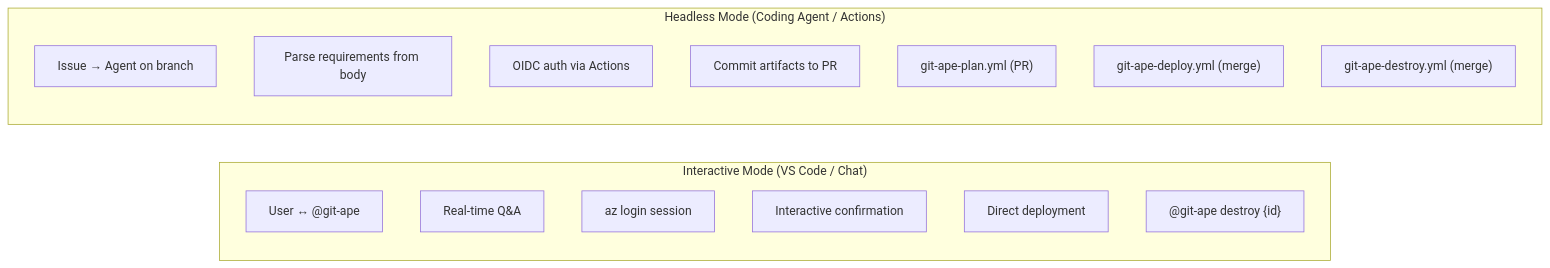
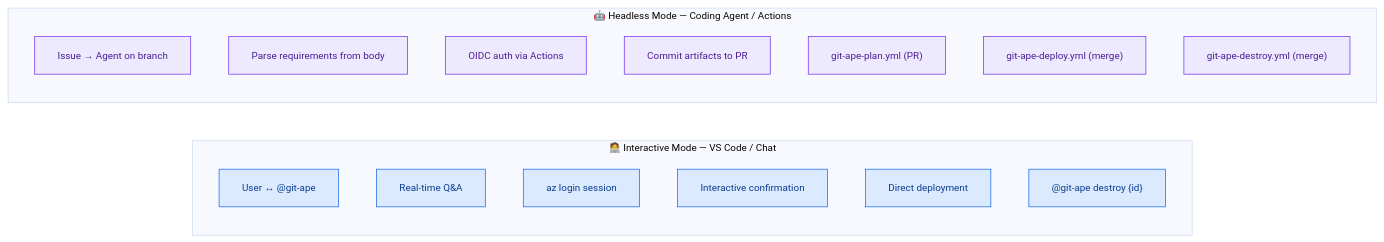
Before and after one commit to Azure/git-ape: the third of 3 diagrams in README.md, drawn with Mermaid. The commit also changed other lines of this file, not shown here.

Commit message:
docs: clarify README and add color theming to Mermaid diagrams

````diff
--- a/README.md
+++ b/README.md
@@ -194,23 +205,30 @@
 ```mermaid
+%%{init: {'theme':'base','themeVariables':{'fontSize':'13px'}}}%%
 graph LR
-    subgraph Interactive ["Interactive Mode (VS Code / Chat)"]
+    subgraph Interactive ["🧑‍💻 Interactive Mode — VS Code / Chat"]
         direction TB
         I1["User ↔ @git-ape"]
         I2["Real-time Q&A"]
         I3["az login session"]
         I4["Interactive confirmation"]
         I5["Direct deployment"]
         I6["@git-ape destroy {id}"]
     end
 
-    subgraph Headless ["Headless Mode (Coding Agent / Actions)"]
+    subgraph Headless ["🤖 Headless Mode — Coding Agent / Actions"]
         direction TB
         H1["Issue → Agent on branch"]
         H2["Parse requirements from body"]
         H3["OIDC auth via Actions"]
         H4["Commit artifacts to PR"]
         H5["git-ape-plan.yml (PR)"]
         H6["git-ape-deploy.yml (merge)"]
         H7["git-ape-destroy.yml (merge)"]
     end
+
+    classDef interactive fill:#dbeafe,stroke:#1f6feb,stroke-width:1px,color:#0b3d91
+    classDef headless fill:#ede9fe,stroke:#7c3aed,stroke-width:1px,color:#4c1d95
+
+    class I1,I2,I3,I4,I5,I6 interactive
+    class H1,H2,H3,H4,H5,H6,H7 headless
 ```
````
